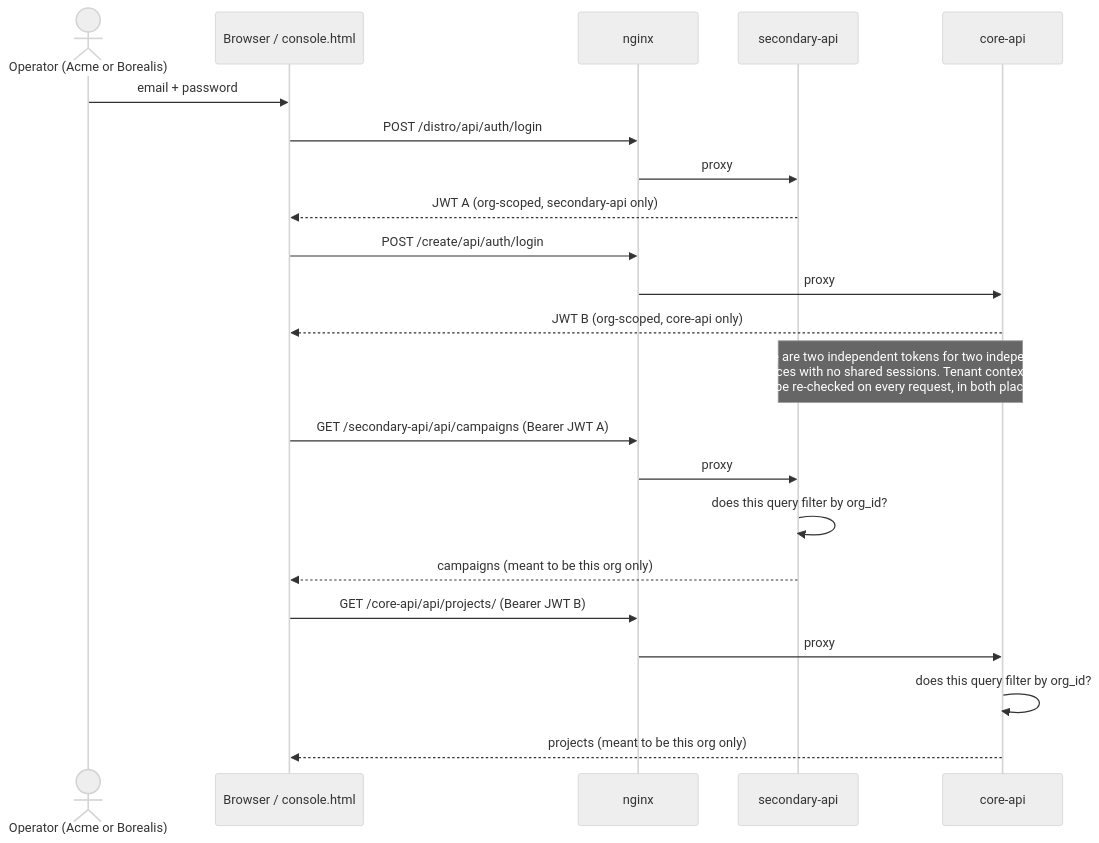
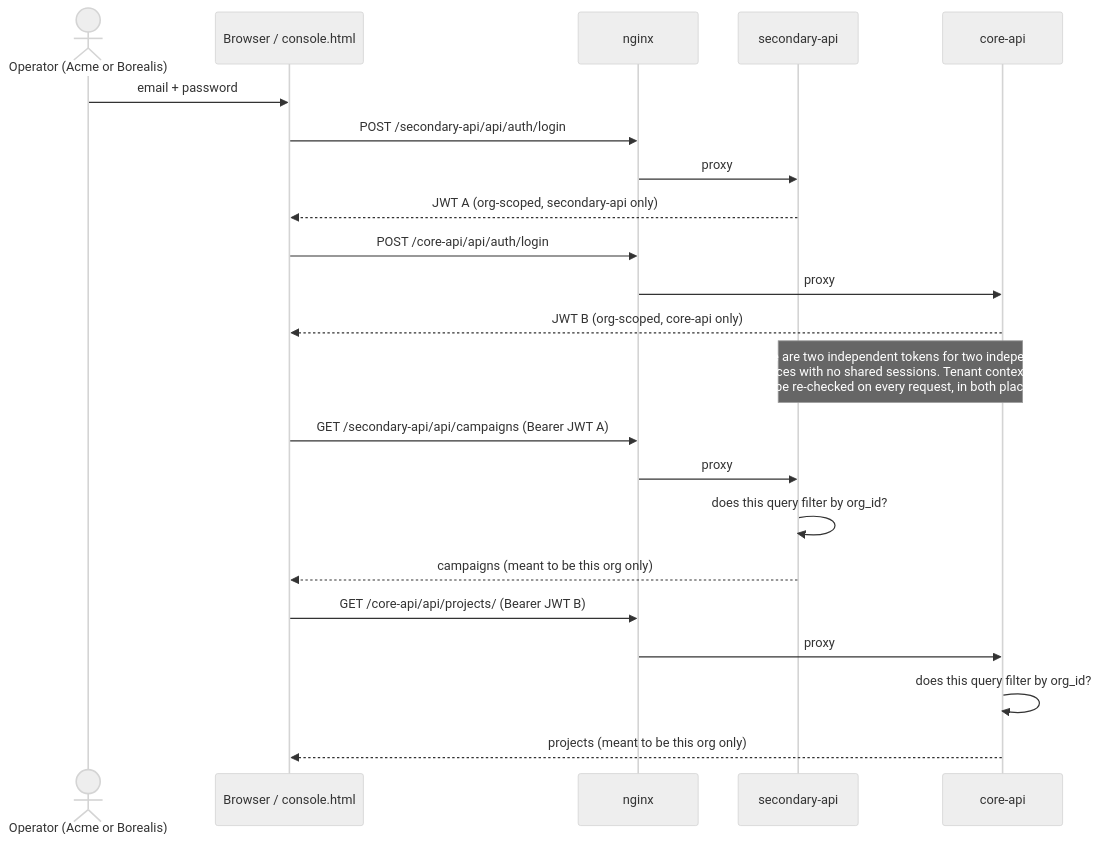
The second of 2 diagrams in README.md (TheVoidThatConsumes/TenantSheep), drawn with Mermaid (neutral theme) before and after one commit. The commit also changed other lines of this file, not shown here.

````diff
--- a/README.md
+++ b/README.md
@@ -65,29 +65,29 @@
 ```mermaid
 sequenceDiagram
     actor Op as Operator (Acme or Borealis)
     participant UI as Browser / console.html
     participant Nginx as nginx
     participant Sec as secondary-api
     participant Core as core-api
 
     Op->>UI: email + password
-    UI->>Nginx: POST /distro/api/auth/login
+    UI->>Nginx: POST /secondary-api/api/auth/login
     Nginx->>Sec: proxy
     Sec-->>UI: JWT A (org-scoped, secondary-api only)
 
-    UI->>Nginx: POST /create/api/auth/login
+    UI->>Nginx: POST /core-api/api/auth/login
     Nginx->>Core: proxy
     Core-->>UI: JWT B (org-scoped, core-api only)
 
     Note over Sec,Core: These are two independent tokens for two independent<br/>services with no shared sessions. Tenant context has<br/>to be re-checked on every request, in both places.
 
     UI->>Nginx: GET /secondary-api/api/campaigns (Bearer JWT A)
     Nginx->>Sec: proxy
     Sec->>Sec: does this query filter by org_id?
     Sec-->>UI: campaigns (meant to be this org only)
 
     UI->>Nginx: GET /core-api/api/projects/ (Bearer JWT B)
     Nginx->>Core: proxy
     Core->>Core: does this query filter by org_id?
     Core-->>UI: projects (meant to be this org only)
 ```
````
